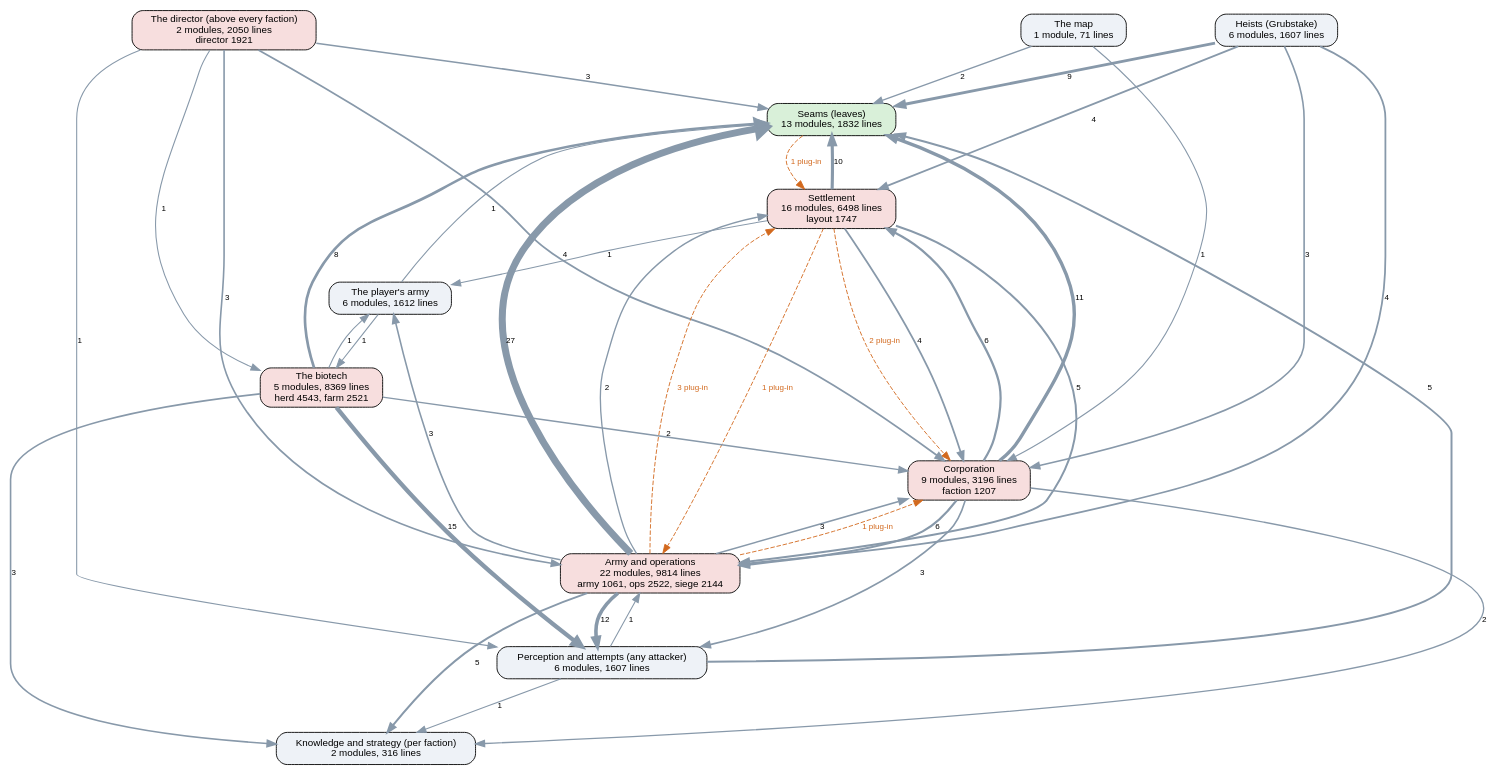
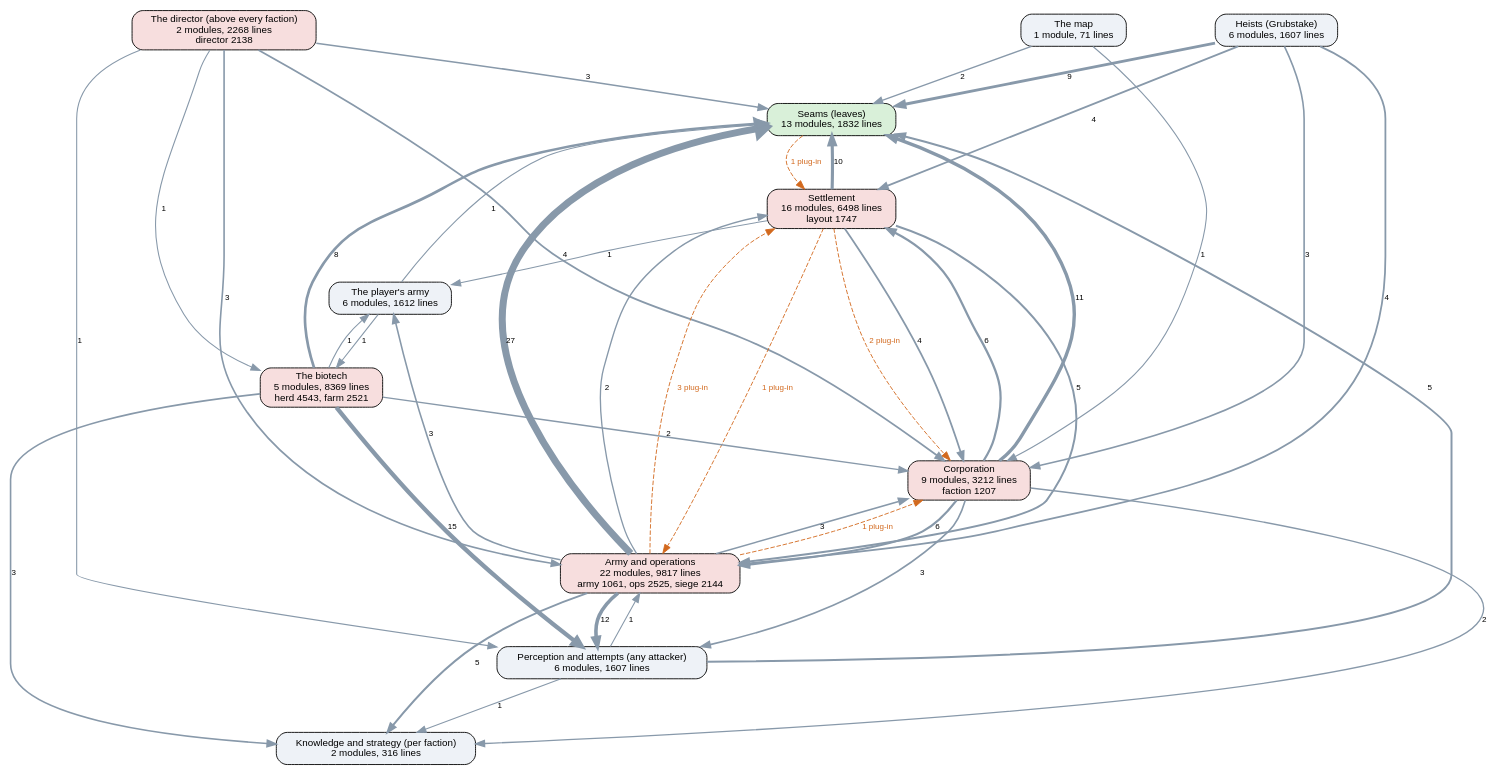
The diagram in docs/ai-layers.dot (kinelhu/landing-party), drawn with Graphviz before and after one commit. The commit also changed 15 other files, not shown here.

```diff
--- a/docs/ai-layers.dot
+++ b/docs/ai-layers.dot
@@ -1,57 +1,57 @@
 digraph layers {
   graph [rankdir=TB, fontname="Helvetica", nodesep=0.5, ranksep=0.7];
   node [shape=box, style="rounded,filled", fontname="Helvetica", fontsize=11, fillcolor="#eef2f7"];
   edge [color="#8899aa", fontname="Helvetica", fontsize=9];
   "Seams (leaves)" [label="Seams (leaves)\n13 modules, 1832 lines", fillcolor="#d9f0d9"];
   "Perception and attempts (any attacker)" [label="Perception and attempts (any attacker)\n6 modules, 1607 lines", fillcolor="#eef2f7"];
   "Knowledge and strategy (per faction)" [label="Knowledge and strategy (per faction)\n2 modules, 316 lines", fillcolor="#eef2f7"];
-  "The director (above every faction)" [label="The director (above every faction)\n2 modules, 2050 lines\ndirector 1921", fillcolor="#f7dede"];
-  "Corporation" [label="Corporation\n9 modules, 3196 lines\nfaction 1207", fillcolor="#f7dede"];
+  "The director (above every faction)" [label="The director (above every faction)\n2 modules, 2268 lines\ndirector 2138", fillcolor="#f7dede"];
+  "Corporation" [label="Corporation\n9 modules, 3212 lines\nfaction 1207", fillcolor="#f7dede"];
   "Settlement" [label="Settlement\n16 modules, 6498 lines\nlayout 1747", fillcolor="#f7dede"];
-  "Army and operations" [label="Army and operations\n22 modules, 9814 lines\narmy 1061, ops 2522, siege 2144", fillcolor="#f7dede"];
+  "Army and operations" [label="Army and operations\n22 modules, 9817 lines\narmy 1061, ops 2525, siege 2144", fillcolor="#f7dede"];
   "Heists (Grubstake)" [label="Heists (Grubstake)\n6 modules, 1607 lines", fillcolor="#eef2f7"];
   "The biotech" [label="The biotech\n5 modules, 8369 lines\nherd 4543, farm 2521", fillcolor="#f7dede"];
   "The map" [label="The map\n1 module, 71 lines", fillcolor="#eef2f7"];
   "The player's army" [label="The player's army\n6 modules, 1612 lines", fillcolor="#eef2f7"];
   "Army and operations" -> "Corporation" [label="3", penwidth=1.8];
   "Army and operations" -> "Knowledge and strategy (per faction)" [label="5", penwidth=2.2];
   "Army and operations" -> "Perception and attempts (any attacker)" [label="12", penwidth=4.0];
   "Army and operations" -> "Seams (leaves)" [label="27", penwidth=7.8];
   "Army and operations" -> "Settlement" [label="2", penwidth=1.5];
   "Army and operations" -> "The player's army" [label="3", penwidth=1.8];
   "Corporation" -> "Army and operations" [label="6", penwidth=2.5];
   "Corporation" -> "Knowledge and strategy (per faction)" [label="2", penwidth=1.5];
   "Corporation" -> "Perception and attempts (any attacker)" [label="3", penwidth=1.8];
   "Corporation" -> "Seams (leaves)" [label="11", penwidth=3.8];
   "Corporation" -> "Settlement" [label="6", penwidth=2.5];
   "Heists (Grubstake)" -> "Army and operations" [label="4", penwidth=2.0];
   "Heists (Grubstake)" -> "Corporation" [label="3", penwidth=1.8];
   "Heists (Grubstake)" -> "Seams (leaves)" [label="9", penwidth=3.2];
   "Heists (Grubstake)" -> "Settlement" [label="4", penwidth=2.0];
   "Perception and attempts (any attacker)" -> "Army and operations" [label="1", penwidth=1.2];
   "Perception and attempts (any attacker)" -> "Knowledge and strategy (per faction)" [label="1", penwidth=1.2];
   "Perception and attempts (any attacker)" -> "Seams (leaves)" [label="5", penwidth=2.2];
   "Settlement" -> "Army and operations" [label="5", penwidth=2.2];
   "Settlement" -> "Corporation" [label="4", penwidth=2.0];
   "Settlement" -> "Seams (leaves)" [label="10", penwidth=3.5];
   "Settlement" -> "The player's army" [label="1", penwidth=1.2];
   "The biotech" -> "Corporation" [label="2", penwidth=1.5];
   "The biotech" -> "Knowledge and strategy (per faction)" [label="3", penwidth=1.8];
   "The biotech" -> "Perception and attempts (any attacker)" [label="15", penwidth=4.8];
   "The biotech" -> "Seams (leaves)" [label="8", penwidth=3.0];
   "The biotech" -> "The player's army" [label="1", penwidth=1.2];
   "The director (above every faction)" -> "Army and operations" [label="3", penwidth=1.8];
   "The director (above every faction)" -> "Corporation" [label="4", penwidth=2.0];
   "The director (above every faction)" -> "Perception and attempts (any attacker)" [label="1", penwidth=1.2];
   "The director (above every faction)" -> "Seams (leaves)" [label="3", penwidth=1.8];
   "The director (above every faction)" -> "The biotech" [label="1", penwidth=1.2];
   "The map" -> "Corporation" [label="1", penwidth=1.2];
   "The map" -> "Seams (leaves)" [label="2", penwidth=1.5];
   "The player's army" -> "Seams (leaves)" [label="1", penwidth=1.2];
   "The player's army" -> "The biotech" [label="1", penwidth=1.2];
   "Army and operations" -> "Corporation" [style=dashed, color="#d2691e", fontcolor="#d2691e", label="1 plug-in"];
   "Army and operations" -> "Settlement" [style=dashed, color="#d2691e", fontcolor="#d2691e", label="3 plug-in"];
   "Seams (leaves)" -> "Settlement" [style=dashed, color="#d2691e", fontcolor="#d2691e", label="1 plug-in"];
   "Settlement" -> "Army and operations" [style=dashed, color="#d2691e", fontcolor="#d2691e", label="1 plug-in"];
   "Settlement" -> "Corporation" [style=dashed, color="#d2691e", fontcolor="#d2691e", label="2 plug-in"];
 }
```
